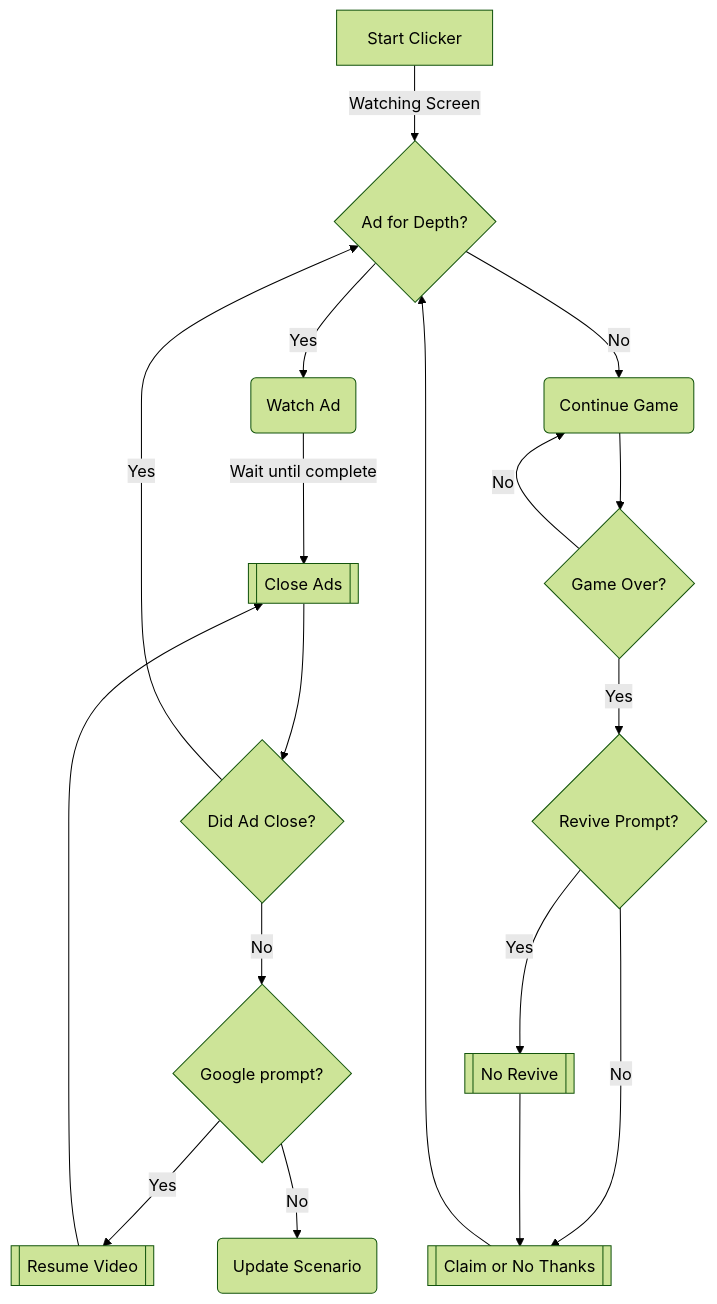
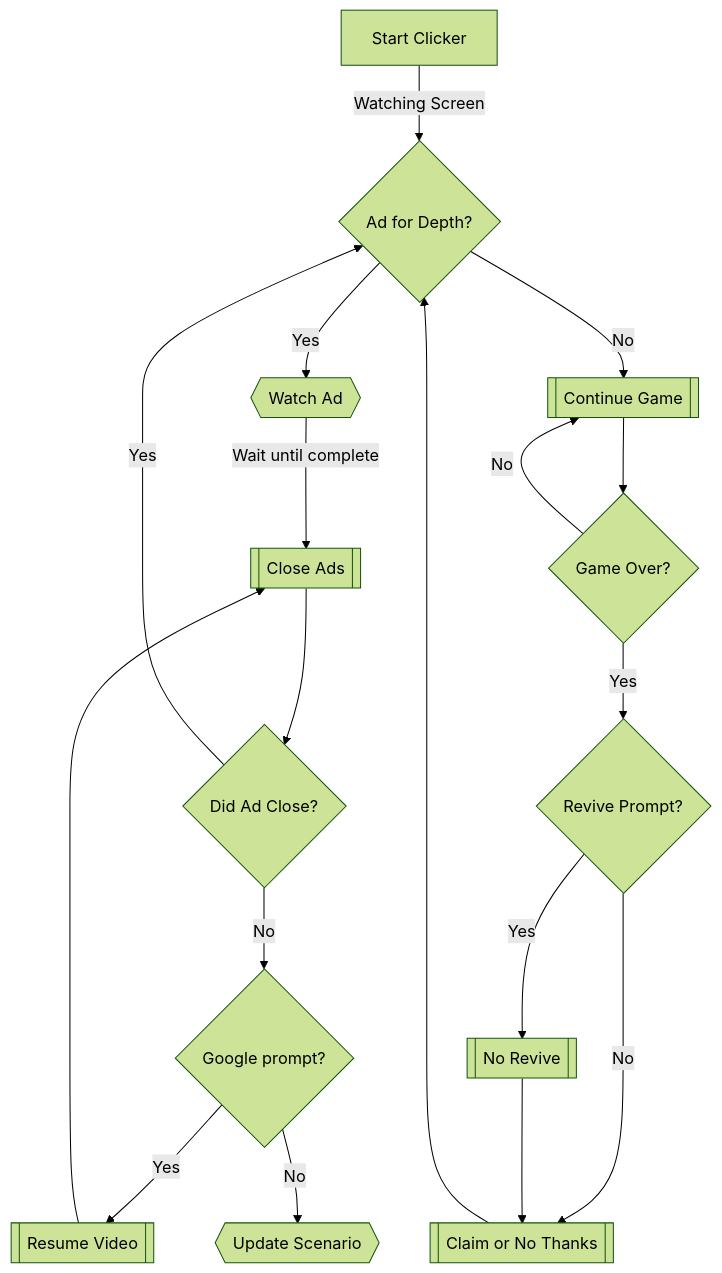
One commit to Neighborhood-Data-Science/instant-beer-money changed the diagram in AutoClick Patterns/Games/CryptoMagnet/README.md. Above: the diagram before and after it, drawn with Mermaid (forest theme). The commit also changed 1 other file, not shown here.

Commit message:
Final update to flowcharts

````diff
--- a/AutoClick Patterns/Games/CryptoMagnet/README.md
+++ b/AutoClick Patterns/Games/CryptoMagnet/README.md
@@ -50,20 +50,20 @@
 ```mermaid
 graph TD;
     A[Start Clicker]-->|Watching Screen|B{Ad for Depth?};
-    B-->|Yes|C(Watch Ad);
-    B-->|No|D(Continue Game);
+    B-->|Yes|C{{Watch Ad}};
+    B-->|No|D[[Continue Game]];
     C-->|Wait until complete|E[[Close Ads]]
     E-->F{Did Ad Close?};
     F-->|No|G{Google prompt?};
     F-->|Yes|B;
     G-->|Yes|H[[Resume Video]];
     H-->E[[Close Ads]];
-    G-->|No|J(Update Scenario);
+    G-->|No|J{{Update Scenario}};
     D-->K{Game Over?};
     K-->|Yes|L{Revive Prompt?};
-    K-->|No|D(Continue Game);
+    K-->|No|D;
     L-->|No|M;
     L-->|Yes|N[[No Revive]];
     N-->M[[Claim or No Thanks]];
     M-->B;
 ```
````
